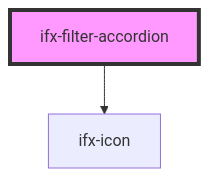
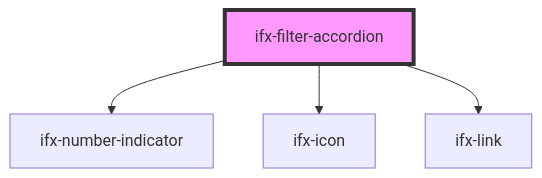
The diagram in packages/components/src/components/filter-accordion/readme.md (Infineon/infineon-design-system-stencil), drawn with Mermaid before and after one commit. The commit also changed other lines of this file and 8 other files, not shown here.

````diff
--- a/packages/components/src/components/filter-accordion/readme.md
+++ b/packages/components/src/components/filter-accordion/readme.md
@@ -15,5 +17,7 @@
 ```mermaid
 graph TD;
+  ifx-filter-accordion --> ifx-number-indicator
   ifx-filter-accordion --> ifx-icon
+  ifx-filter-accordion --> ifx-link
   style ifx-filter-accordion fill:#f9f,stroke:#333,stroke-width:4px
 ```
````
